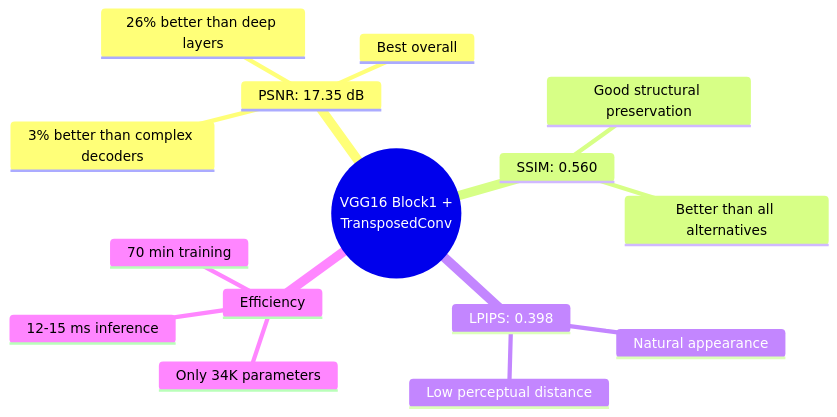
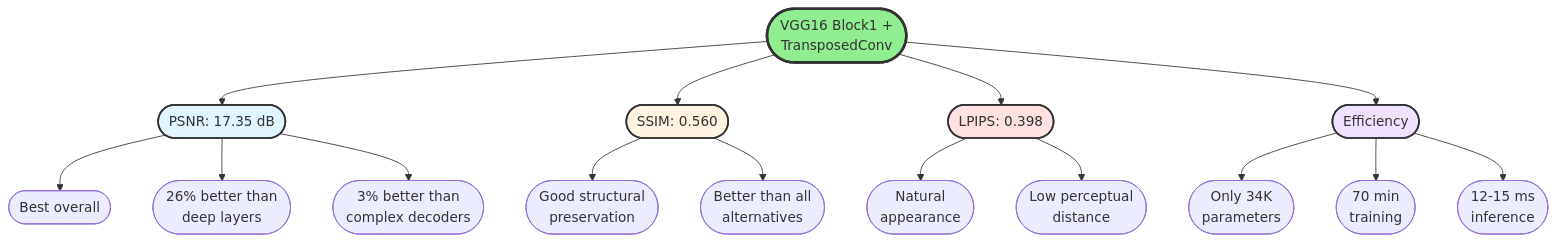
Before and after one commit to DanicaBlazanovic/CAP6415_F25_project_Input_Image_Reconstruction_from_Features: the ninth of 9 diagrams in methodology.md, drawn with Mermaid. The commit also changed other lines of this file, not shown here.

````diff
--- a/methodology.md
+++ b/methodology.md
@@ -253,18 +257,29 @@
 ```mermaid
-mindmap
-  root((VGG16 Block1 +<br/>TransposedConv))
-    PSNR: 17.35 dB
-      Best overall
-      26% better than deep layers
-      3% better than complex decoders
-    SSIM: 0.560
-      Good structural preservation
-      Better than all alternatives
-    LPIPS: 0.398
-      Natural appearance
-      Low perceptual distance
-    Efficiency
-      Only 34K parameters
-      70 min training
-      12-15 ms inference
+graph TB
+    Root([VGG16 Block1 +<br/>TransposedConv])
+    
+    Root --> A([PSNR: 17.35 dB])
+    Root --> B([SSIM: 0.560])
+    Root --> C([LPIPS: 0.398])
+    Root --> D([Efficiency])
+    
+    A --> A1([Best overall])
+    A --> A2([26% better than<br/>deep layers])
+    A --> A3([3% better than<br/>complex decoders])
+    
+    B --> B1([Good structural<br/>preservation])
+    B --> B2([Better than all<br/>alternatives])
+    
+    C --> C1([Natural<br/>appearance])
+    C --> C2([Low perceptual<br/>distance])
+    
+    D --> D1([Only 34K<br/>parameters])
+    D --> D2([70 min<br/>training])
+    D --> D3([12-15 ms<br/>inference])
+    
+    style Root fill:#90EE90,stroke:#333,stroke-width:3px
+    style A fill:#e1f5ff,stroke:#333,stroke-width:2px
+    style B fill:#fff4e1,stroke:#333,stroke-width:2px
+    style C fill:#ffe1e1,stroke:#333,stroke-width:2px
+    style D fill:#f0e1ff,stroke:#333,stroke-width:2px
 ```
````
